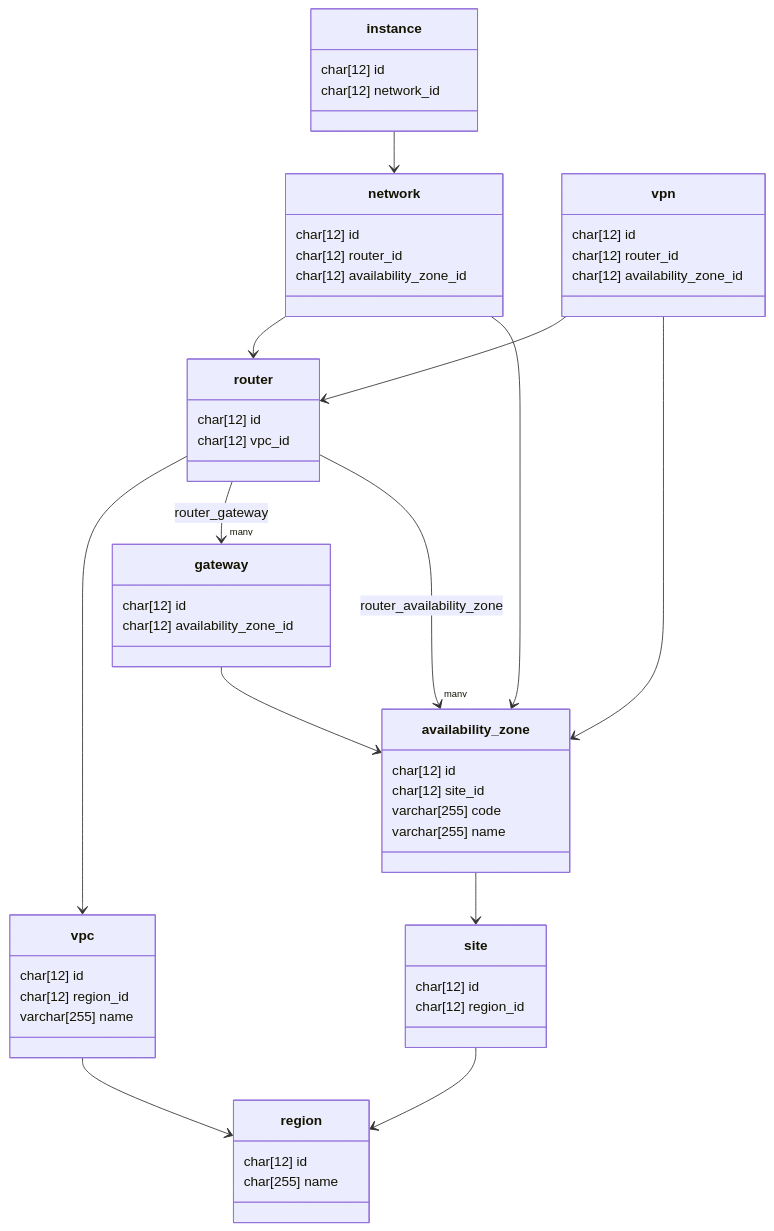
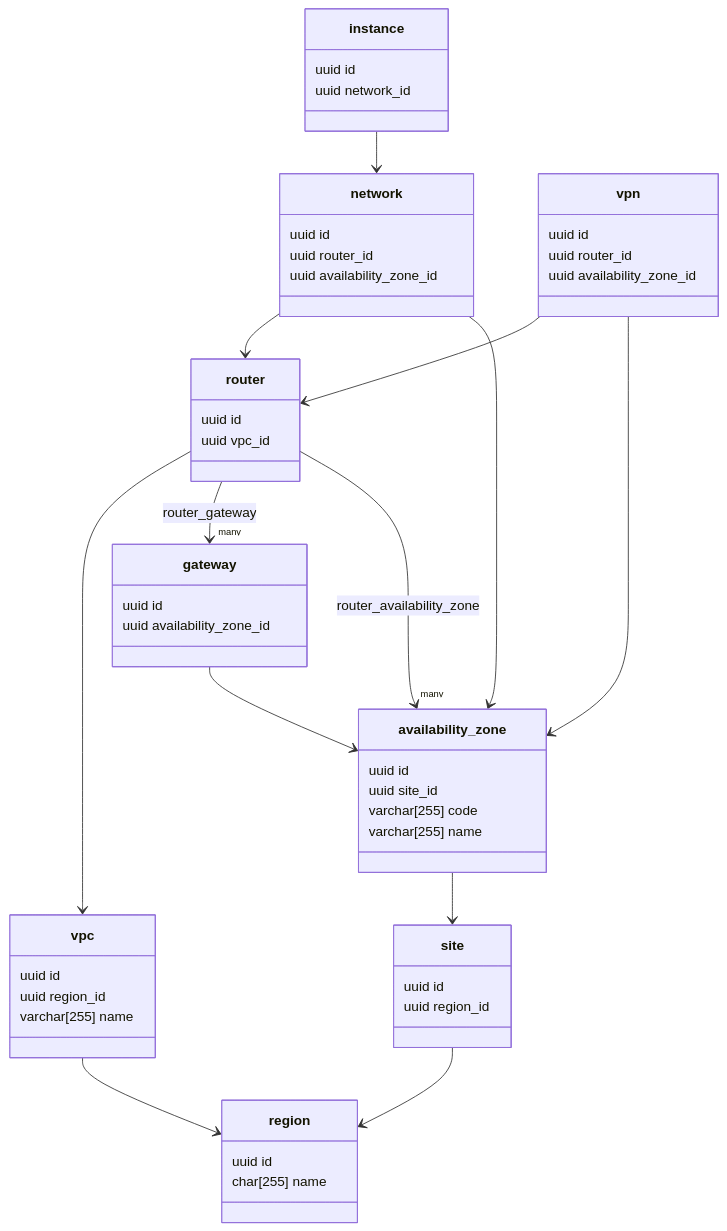
One commit to kostivasiev/ecloud changed the diagram in v2-overview.md. Above: the diagram before and after it, drawn with Mermaid.

Commit message:
first draft v2 overview mermaid doc

````diff
--- a/v2-overview.md
+++ b/v2-overview.md
@@ -1,64 +1,64 @@
 ```mermaid
 classDiagram
     class region {
-        char[12] id
+        uuid id
         char[255] name
     }
 
     class vpc {
-        char[12] id
-        char[12] region_id
+        uuid id
+        uuid region_id
         varchar[255] name
     }
     vpc --> region
 
     class site {
-        char[12] id
-        char[12] region_id
+        uuid id
+        uuid region_id
     }
     site --> region
 
     class availability_zone {
-        char[12] id 
-        char[12] site_id
+        uuid id 
+        uuid site_id
         varchar[255] code
         varchar[255] name
     }
     availability_zone --> site
 
     class gateway {
-        char[12] id
-        char[12] availability_zone_id
+        uuid id
+        uuid availability_zone_id
     }
     gateway --> availability_zone
 
     class network {
-        char[12] id
-        char[12] router_id
-        char[12] availability_zone_id
+        uuid id
+        uuid router_id
+        uuid availability_zone_id
     }
     network --> router
     network --> availability_zone
 
     class router {
-        char[12] id
-        char[12] vpc_id
+        uuid id
+        uuid vpc_id
     }
     router --> vpc
     router --> "many" gateway : router_gateway
     router --> "many" availability_zone : router_availability_zone
 
     class vpn {
-        char[12] id
-        char[12] router_id
-        char[12] availability_zone_id
+        uuid id
+        uuid router_id
+        uuid availability_zone_id
     }
     vpn --> router
     vpn --> availability_zone
 
     class instance {
-        char[12] id
-        char[12] network_id
+        uuid id
+        uuid network_id
     }
     instance --> network
 ```
````
